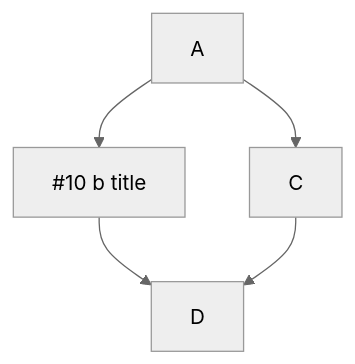
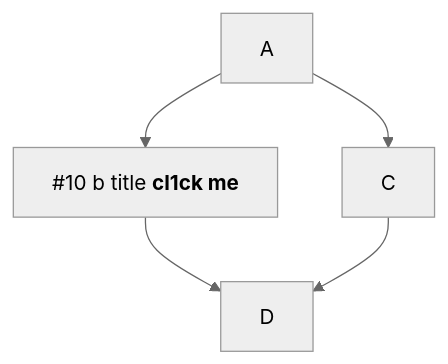
One commit to sd-godaddy/sandbox changed the first of 5 diagrams in flowcharts/README-template.md. Above: the diagram before and after it, drawn with Mermaid (neutral theme). The commit also changed other lines of this file and 6 other files, not shown here.

````diff
--- a/flowcharts/README-template.md
+++ b/flowcharts/README-template.md
@@ -27,7 +27,7 @@
 ```mermaid
   graph TD;
-      A-->B[#10 b title];
+      A-->B[#10 b title <b>cl1ck me</b>];
       A-->C;
       B-->D;
       C-->D;
 ```
````
